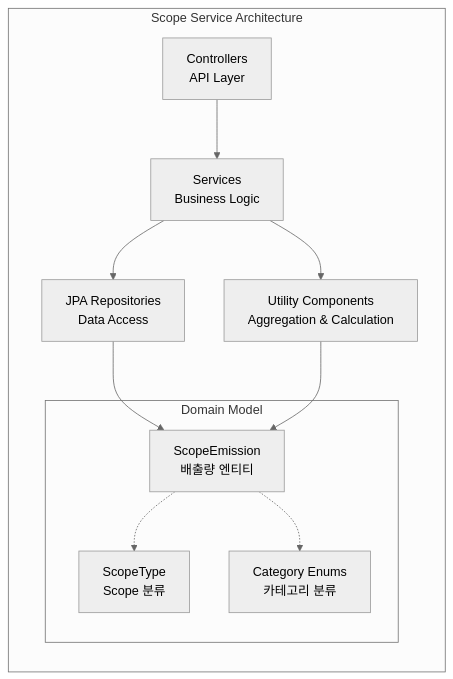
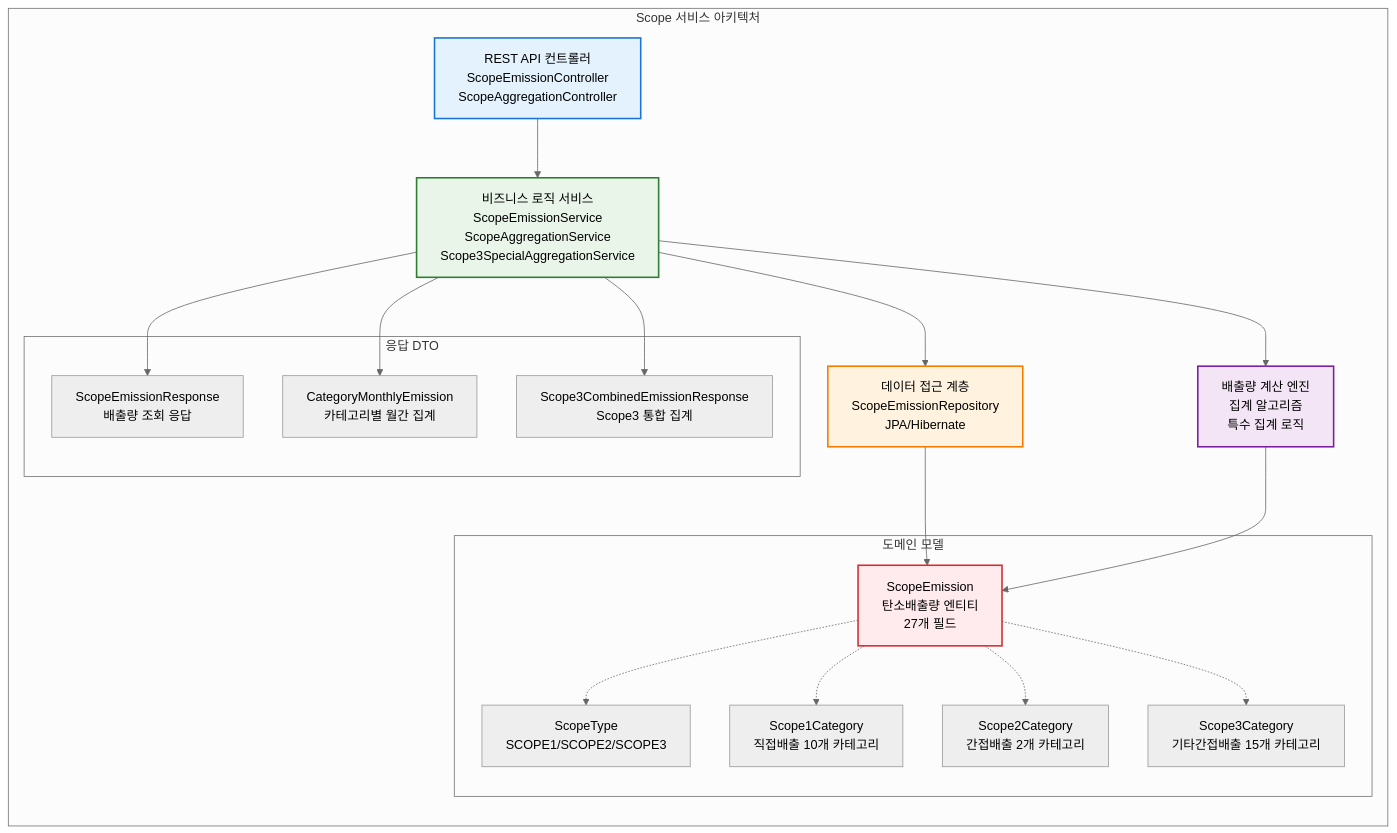
One commit to NSMM-v2/scope-service changed the second of 8 diagrams in README.md. Above: the diagram before and after it, drawn with Mermaid (neutral theme). The commit also changed other lines of this file, not shown here.

````diff
--- a/README.md
+++ b/README.md
@@ -61,19 +65,40 @@
 ```mermaid
 graph LR
-    subgraph "Scope Service Architecture"
-        Controller[Controllers<br/>API Layer] --> Service[Services<br/>Business Logic]
-        Service --> Repository[JPA Repositories<br/>Data Access]
-        Service --> Utils[Utility Components<br/>Aggregation & Calculation]
+    subgraph "Scope 서비스 아키텍처"
+        API[REST API 컨트롤러<br/>ScopeEmissionController<br/>ScopeAggregationController] --> BIZ[비즈니스 로직 서비스<br/>ScopeEmissionService<br/>ScopeAggregationService<br/>Scope3SpecialAggregationService]
+        BIZ --> DATA[데이터 접근 계층<br/>ScopeEmissionRepository<br/>JPA/Hibernate]
+        BIZ --> CALC[배출량 계산 엔진<br/>집계 알고리즘<br/>특수 집계 로직]
         
-        subgraph "Domain Model"
-            Entity[ScopeEmission<br/>배출량 엔티티]
-            Enum1[ScopeType<br/>Scope 분류]
-            Enum2[Category Enums<br/>카테고리 분류]
-            Entity -.-> Enum1
-            Entity -.-> Enum2
+        subgraph "도메인 모델"
+            ENTITY[ScopeEmission<br/>탄소배출량 엔티티<br/>27개 필드]
+            TYPE[ScopeType<br/>SCOPE1/SCOPE2/SCOPE3]
+            CAT1[Scope1Category<br/>직접배출 10개 카테고리]
+            CAT2[Scope2Category<br/>간접배출 2개 카테고리]
+            CAT3[Scope3Category<br/>기타간접배출 15개 카테고리]
+            
+            ENTITY -.-> TYPE
+            ENTITY -.-> CAT1
+            ENTITY -.-> CAT2
+            ENTITY -.-> CAT3
         end
         
-        Repository --> Entity
-        Utils --> Entity
+        DATA --> ENTITY
+        CALC --> ENTITY
+        
+        subgraph "응답 DTO"
+            RESP1[ScopeEmissionResponse<br/>배출량 조회 응답]
+            RESP2[CategoryMonthlyEmission<br/>카테고리별 월간 집계]
+            RESP3[Scope3CombinedEmissionResponse<br/>Scope3 통합 집계]
+        end
+        
+        BIZ --> RESP1
+        BIZ --> RESP2
+        BIZ --> RESP3
     end
+    
+    style API fill:#e3f2fd,stroke:#1976d2,stroke-width:2px
+    style BIZ fill:#e8f5e8,stroke:#2e7d32,stroke-width:2px
+    style DATA fill:#fff3e0,stroke:#f57c00,stroke-width:2px
+    style CALC fill:#f3e5f5,stroke:#7b1fa2,stroke-width:2px
+    style ENTITY fill:#ffebee,stroke:#d32f2f,stroke-width:2px
 ```
````
